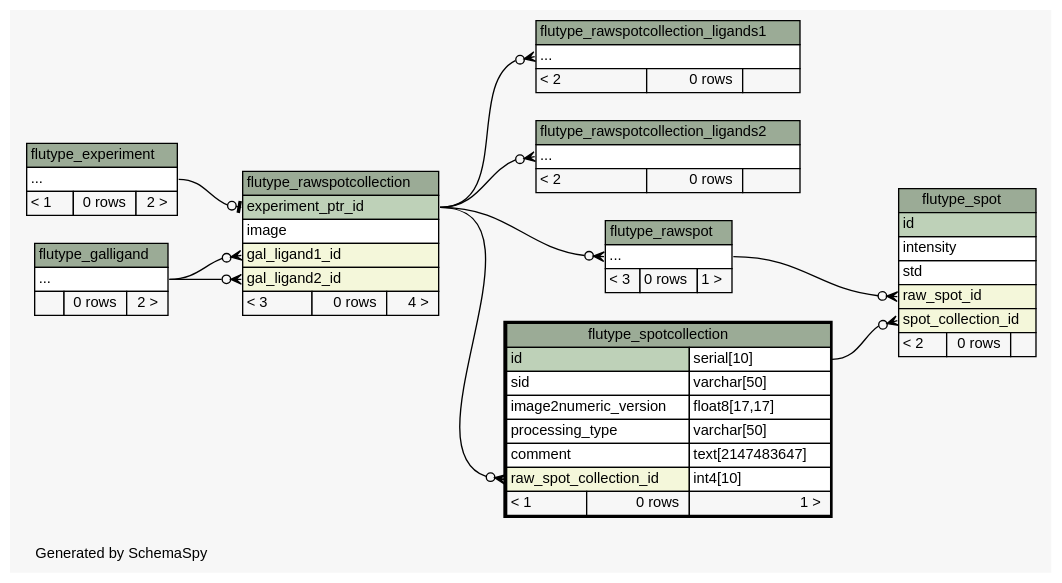
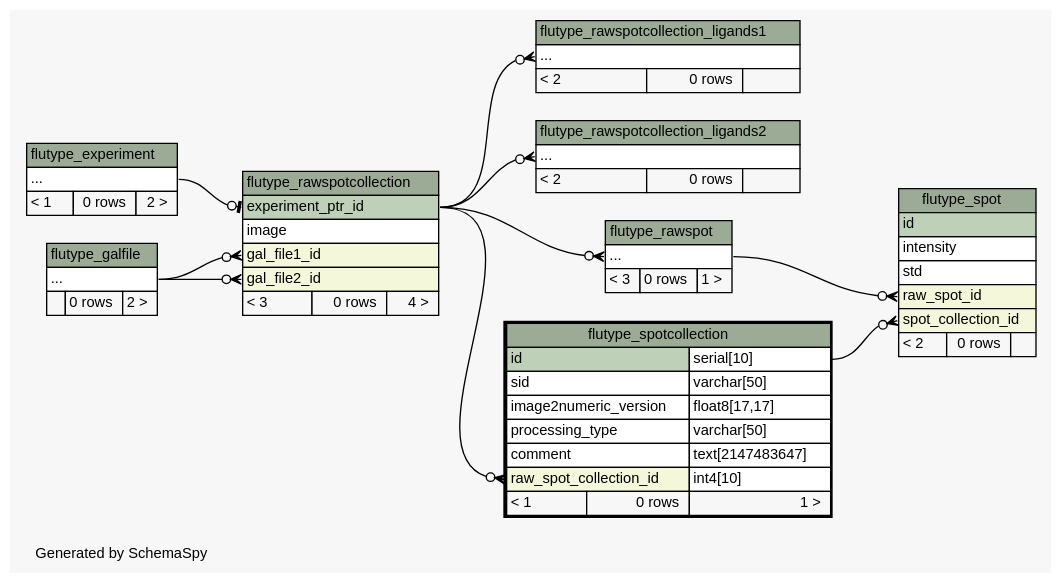
The diagram in docs/schema/diagrams/flutype_spotcollection.2degrees.dot (janekg89/flutype_webapp), drawn with Graphviz before and after one commit. The commit also changed 127 other files, not shown here.

Commit message:
latest schema generated

```diff
--- a/docs/schema/diagrams/flutype_spotcollection.2degrees.dot
+++ b/docs/schema/diagrams/flutype_spotcollection.2degrees.dot
@@ -1,123 +1,123 @@
 // dot 2.38.0 on Linux 4.4.0-89-generic
 // SchemaSpy rev 590
 digraph "twoDegreesRelationshipsDiagram" {
   graph [
     rankdir="RL"
     bgcolor="#f7f7f7"
     label="\nGenerated by SchemaSpy"
     labeljust="l"
     nodesep="0.18"
     ranksep="0.46"
     fontname="Helvetica"
     fontsize="11"
   ];
   node [
     fontname="Helvetica"
     fontsize="11"
     shape="plaintext"
   ];
   edge [
     arrowsize="0.8"
   ];
   "flutype_rawspot":"elipses":w -> "flutype_rawspotcollection":"experiment_ptr_id":e [arrowhead=none dir=back arrowtail=crowodot];
   "flutype_rawspotcollection":"experiment_ptr_id":w -> "flutype_experiment":"elipses":e [arrowhead=none dir=back arrowtail=teeodot];
-  "flutype_rawspotcollection":"gal_ligand1_id":w -> "flutype_galligand":"elipses":e [arrowhead=none dir=back arrowtail=crowodot];
-  "flutype_rawspotcollection":"gal_ligand2_id":w -> "flutype_galligand":"elipses":e [arrowhead=none dir=back arrowtail=crowodot];
+  "flutype_rawspotcollection":"gal_file1_id":w -> "flutype_galfile":"elipses":e [arrowhead=none dir=back arrowtail=crowodot];
+  "flutype_rawspotcollection":"gal_file2_id":w -> "flutype_galfile":"elipses":e [arrowhead=none dir=back arrowtail=crowodot];
   "flutype_rawspotcollection_ligands1":"elipses":w -> "flutype_rawspotcollection":"experiment_ptr_id":e [arrowhead=none dir=back arrowtail=crowodot];
   "flutype_rawspotcollection_ligands2":"elipses":w -> "flutype_rawspotcollection":"experiment_ptr_id":e [arrowhead=none dir=back arrowtail=crowodot];
   "flutype_spot":"raw_spot_id":w -> "flutype_rawspot":"elipses":e [arrowhead=none dir=back arrowtail=crowodot];
   "flutype_spot":"spot_collection_id":w -> "flutype_spotcollection":"id.type":e [arrowhead=none dir=back arrowtail=crowodot];
   "flutype_spotcollection":"raw_spot_collection_id":w -> "flutype_rawspotcollection":"experiment_ptr_id":e [arrowhead=none dir=back arrowtail=crowodot];
   "flutype_experiment" [
     label=<
     <TABLE BORDER="0" CELLBORDER="1" CELLSPACING="0" BGCOLOR="#ffffff">
       <TR><TD COLSPAN="3" BGCOLOR="#9bab96" ALIGN="CENTER">flutype_experiment</TD></TR>
       <TR><TD PORT="elipses" COLSPAN="3" ALIGN="LEFT">...</TD></TR>
       <TR><TD ALIGN="LEFT" BGCOLOR="#f7f7f7">&lt; 1</TD><TD ALIGN="RIGHT" BGCOLOR="#f7f7f7">0 rows</TD><TD ALIGN="RIGHT" BGCOLOR="#f7f7f7">2 &gt;</TD></TR>
     </TABLE>>
     URL="flutype_experiment.html"
     tooltip="flutype_experiment"
   ];
-  "flutype_galligand" [
+  "flutype_galfile" [
     label=<
     <TABLE BORDER="0" CELLBORDER="1" CELLSPACING="0" BGCOLOR="#ffffff">
-      <TR><TD COLSPAN="3" BGCOLOR="#9bab96" ALIGN="CENTER">flutype_galligand</TD></TR>
+      <TR><TD COLSPAN="3" BGCOLOR="#9bab96" ALIGN="CENTER">flutype_galfile</TD></TR>
       <TR><TD PORT="elipses" COLSPAN="3" ALIGN="LEFT">...</TD></TR>
       <TR><TD ALIGN="LEFT" BGCOLOR="#f7f7f7">  </TD><TD ALIGN="RIGHT" BGCOLOR="#f7f7f7">0 rows</TD><TD ALIGN="RIGHT" BGCOLOR="#f7f7f7">2 &gt;</TD></TR>
     </TABLE>>
-    URL="flutype_galligand.html"
-    tooltip="flutype_galligand"
+    URL="flutype_galfile.html"
+    tooltip="flutype_galfile"
   ];
   "flutype_rawspot" [
     label=<
     <TABLE BORDER="0" CELLBORDER="1" CELLSPACING="0" BGCOLOR="#ffffff">
       <TR><TD COLSPAN="3" BGCOLOR="#9bab96" ALIGN="CENTER">flutype_rawspot</TD></TR>
       <TR><TD PORT="elipses" COLSPAN="3" ALIGN="LEFT">...</TD></TR>
       <TR><TD ALIGN="LEFT" BGCOLOR="#f7f7f7">&lt; 3</TD><TD ALIGN="RIGHT" BGCOLOR="#f7f7f7">0 rows</TD><TD ALIGN="RIGHT" BGCOLOR="#f7f7f7">1 &gt;</TD></TR>
     </TABLE>>
     URL="flutype_rawspot.html"
     tooltip="flutype_rawspot"
   ];
   "flutype_rawspotcollection" [
     label=<
     <TABLE BORDER="0" CELLBORDER="1" CELLSPACING="0" BGCOLOR="#ffffff">
       <TR><TD COLSPAN="3" BGCOLOR="#9bab96" ALIGN="CENTER">flutype_rawspotcollection</TD></TR>
       <TR><TD PORT="experiment_ptr_id" COLSPAN="3" BGCOLOR="#bed1b8" ALIGN="LEFT">experiment_ptr_id</TD></TR>
       <TR><TD PORT="image" COLSPAN="3" ALIGN="LEFT">image</TD></TR>
-      <TR><TD PORT="gal_ligand1_id" COLSPAN="3" BGCOLOR="#f4f7da" ALIGN="LEFT">gal_ligand1_id</TD></TR>
-      <TR><TD PORT="gal_ligand2_id" COLSPAN="3" BGCOLOR="#f4f7da" ALIGN="LEFT">gal_ligand2_id</TD></TR>
+      <TR><TD PORT="gal_file1_id" COLSPAN="3" BGCOLOR="#f4f7da" ALIGN="LEFT">gal_file1_id</TD></TR>
+      <TR><TD PORT="gal_file2_id" COLSPAN="3" BGCOLOR="#f4f7da" ALIGN="LEFT">gal_file2_id</TD></TR>
       <TR><TD ALIGN="LEFT" BGCOLOR="#f7f7f7">&lt; 3</TD><TD ALIGN="RIGHT" BGCOLOR="#f7f7f7">0 rows</TD><TD ALIGN="RIGHT" BGCOLOR="#f7f7f7">4 &gt;</TD></TR>
     </TABLE>>
     URL="flutype_rawspotcollection.html"
     tooltip="flutype_rawspotcollection"
   ];
   "flutype_rawspotcollection_ligands1" [
     label=<
     <TABLE BORDER="0" CELLBORDER="1" CELLSPACING="0" BGCOLOR="#ffffff">
       <TR><TD COLSPAN="3" BGCOLOR="#9bab96" ALIGN="CENTER">flutype_rawspotcollection_ligands1</TD></TR>
       <TR><TD PORT="elipses" COLSPAN="3" ALIGN="LEFT">...</TD></TR>
       <TR><TD ALIGN="LEFT" BGCOLOR="#f7f7f7">&lt; 2</TD><TD ALIGN="RIGHT" BGCOLOR="#f7f7f7">0 rows</TD><TD ALIGN="RIGHT" BGCOLOR="#f7f7f7">  </TD></TR>
     </TABLE>>
     URL="flutype_rawspotcollection_ligands1.html"
     tooltip="flutype_rawspotcollection_ligands1"
   ];
   "flutype_rawspotcollection_ligands2" [
     label=<
     <TABLE BORDER="0" CELLBORDER="1" CELLSPACING="0" BGCOLOR="#ffffff">
       <TR><TD COLSPAN="3" BGCOLOR="#9bab96" ALIGN="CENTER">flutype_rawspotcollection_ligands2</TD></TR>
       <TR><TD PORT="elipses" COLSPAN="3" ALIGN="LEFT">...</TD></TR>
       <TR><TD ALIGN="LEFT" BGCOLOR="#f7f7f7">&lt; 2</TD><TD ALIGN="RIGHT" BGCOLOR="#f7f7f7">0 rows</TD><TD ALIGN="RIGHT" BGCOLOR="#f7f7f7">  </TD></TR>
     </TABLE>>
     URL="flutype_rawspotcollection_ligands2.html"
     tooltip="flutype_rawspotcollection_ligands2"
   ];
   "flutype_spot" [
     label=<
     <TABLE BORDER="0" CELLBORDER="1" CELLSPACING="0" BGCOLOR="#ffffff">
       <TR><TD COLSPAN="3" BGCOLOR="#9bab96" ALIGN="CENTER">flutype_spot</TD></TR>
       <TR><TD PORT="id" COLSPAN="3" BGCOLOR="#bed1b8" ALIGN="LEFT">id</TD></TR>
       <TR><TD PORT="intensity" COLSPAN="3" ALIGN="LEFT">intensity</TD></TR>
       <TR><TD PORT="std" COLSPAN="3" ALIGN="LEFT">std</TD></TR>
       <TR><TD PORT="raw_spot_id" COLSPAN="3" BGCOLOR="#f4f7da" ALIGN="LEFT">raw_spot_id</TD></TR>
       <TR><TD PORT="spot_collection_id" COLSPAN="3" BGCOLOR="#f4f7da" ALIGN="LEFT">spot_collection_id</TD></TR>
       <TR><TD ALIGN="LEFT" BGCOLOR="#f7f7f7">&lt; 2</TD><TD ALIGN="RIGHT" BGCOLOR="#f7f7f7">0 rows</TD><TD ALIGN="RIGHT" BGCOLOR="#f7f7f7">  </TD></TR>
     </TABLE>>
     URL="flutype_spot.html"
     tooltip="flutype_spot"
   ];
   "flutype_spotcollection" [
     label=<
     <TABLE BORDER="2" CELLBORDER="1" CELLSPACING="0" BGCOLOR="#ffffff">
       <TR><TD COLSPAN="3" BGCOLOR="#9bab96" ALIGN="CENTER">flutype_spotcollection</TD></TR>
       <TR><TD PORT="id" COLSPAN="2" BGCOLOR="#bed1b8" ALIGN="LEFT">id</TD><TD PORT="id.type" ALIGN="LEFT">serial[10]</TD></TR>
       <TR><TD PORT="sid" COLSPAN="2" ALIGN="LEFT">sid</TD><TD PORT="sid.type" ALIGN="LEFT">varchar[50]</TD></TR>
       <TR><TD PORT="image2numeric_version" COLSPAN="2" ALIGN="LEFT">image2numeric_version</TD><TD PORT="image2numeric_version.type" ALIGN="LEFT">float8[17,17]</TD></TR>
       <TR><TD PORT="processing_type" COLSPAN="2" ALIGN="LEFT">processing_type</TD><TD PORT="processing_type.type" ALIGN="LEFT">varchar[50]</TD></TR>
       <TR><TD PORT="comment" COLSPAN="2" ALIGN="LEFT">comment</TD><TD PORT="comment.type" ALIGN="LEFT">text[2147483647]</TD></TR>
       <TR><TD PORT="raw_spot_collection_id" COLSPAN="2" BGCOLOR="#f4f7da" ALIGN="LEFT">raw_spot_collection_id</TD><TD PORT="raw_spot_collection_id.type" ALIGN="LEFT">int4[10]</TD></TR>
       <TR><TD ALIGN="LEFT" BGCOLOR="#f7f7f7">&lt; 1</TD><TD ALIGN="RIGHT" BGCOLOR="#f7f7f7">0 rows</TD><TD ALIGN="RIGHT" BGCOLOR="#f7f7f7">1 &gt;</TD></TR>
     </TABLE>>
     URL="flutype_spotcollection.html"
     tooltip="flutype_spotcollection"
   ];
 }
```
